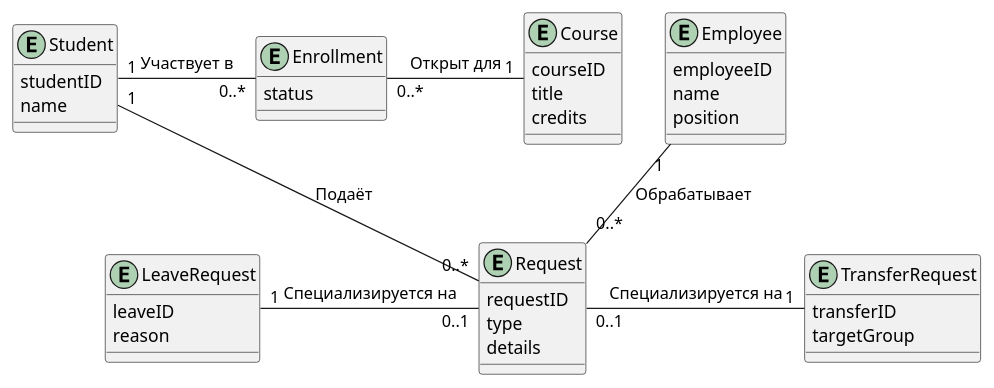
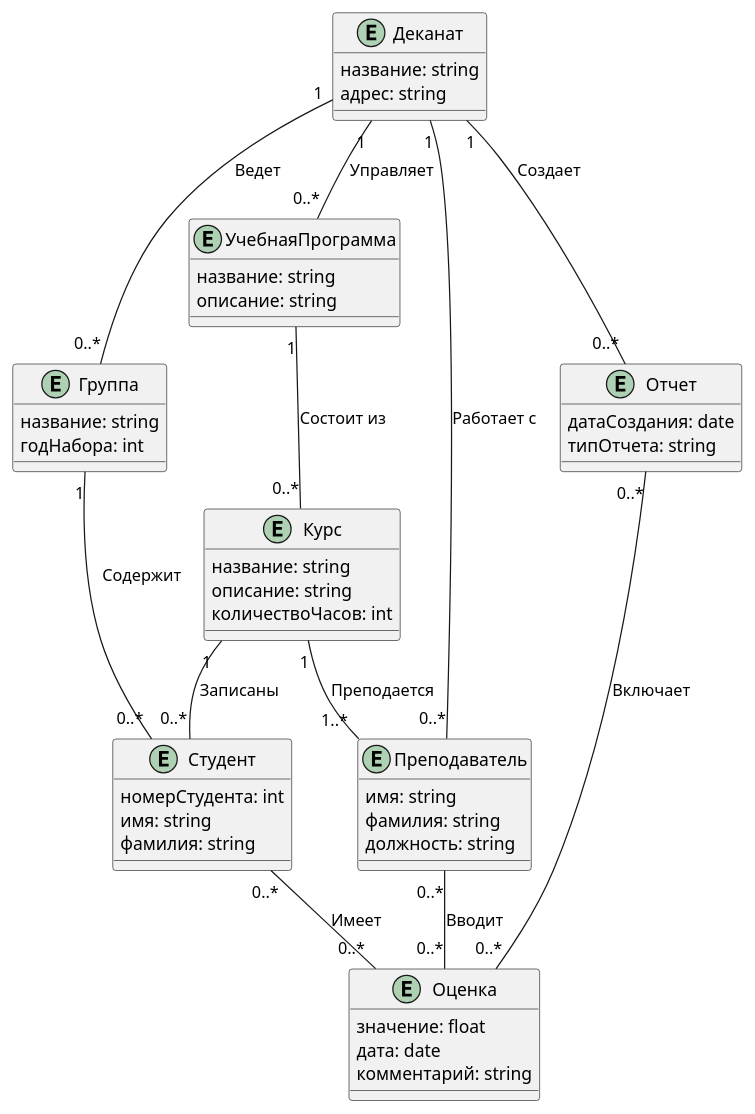
One commit to penamarth/bsbo-02-22_team4_var4 changed the diagram in Модель предметной области.md. Above: the diagram before and after it, drawn with PlantUML.

Commit message:
Update Модель предметной области.md

````diff
--- a/Модель предметной области.md
+++ b/Модель предметной области.md
@@ -1,58 +1,65 @@
 ```plantuml
 @startuml
 
-entity Student
-{
-    studentID
-    name
+entity УчебнаяПрограмма {
+    название: string
+    описание: string
 }
 
-entity Course
-{
-    courseID
-    title
-    credits
+entity Курс {
+    название: string
+    описание: string
+    количествоЧасов: int
 }
 
-entity Enrollment
-{
-    status
+entity Студент {
+    номерСтудента: int
+    имя: string
+    фамилия: string
 }
 
-entity Request
-{
-    requestID
-    type
-    details
+entity Преподаватель {
+    имя: string
+    фамилия: string
+    должность: string
 }
 
-entity Employee
-{
-    employeeID
-    name
-    position
+entity Оценка {
+    значение: float
+    дата: date
+    комментарий: string
 }
 
-entity LeaveRequest
-{
-    leaveID
-    reason
+entity Отчет {
+    датаСоздания: date
+    типОтчета: string
 }
 
-entity TransferRequest
-{
-    transferID
-    targetGroup
+entity Деканат {
+    название: string
+    адрес: string
 }
 
-Student "1" -right-- "0..*" Enrollment : Участвует в
-Course "1" -left-- "0..*" Enrollment : Открыт для
+entity Группа {
+    название: string
+    годНабора: int
+}
 
-Student "1" -down- "0..*" Request : Подаёт
-Employee "1" -down- "0..*" Request : Обрабатывает
+УчебнаяПрограмма "1" -- "0..*" Курс : Состоит из
+Курс "1" -- "0..*" Студент : Записаны
+Курс "1" -- "1..*" Преподаватель : Преподается
 
-Request "0..1" -left- "1" LeaveRequest : Специализируется на
-Request "0..1" -right- "1" TransferRequest : Специализируется на
+Студент "0..*" -- "0..*" Оценка : Имеет
+Преподаватель "0..*" -- "0..*" Оценка : Вводит
+
+Деканат "1" -- "0..*" УчебнаяПрограмма : Управляет
+Деканат "1" -- "0..*" Преподаватель : Работает с
+Деканат "1" -- "0..*" Группа : Ведет
+
+Группа "1" -- "0..*" Студент : Содержит
+
+Отчет "0..*" -- "0..*" Оценка : Включает
+Деканат "1" -- "0..*" Отчет : Создает
 
 @enduml
 ```
````
